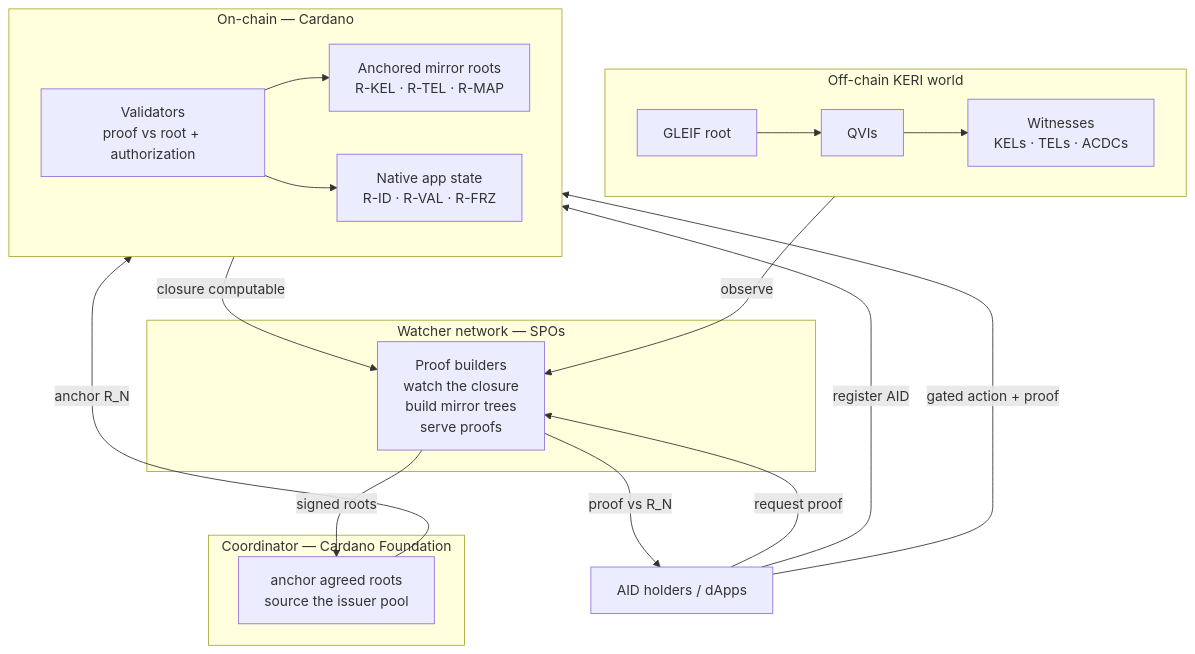
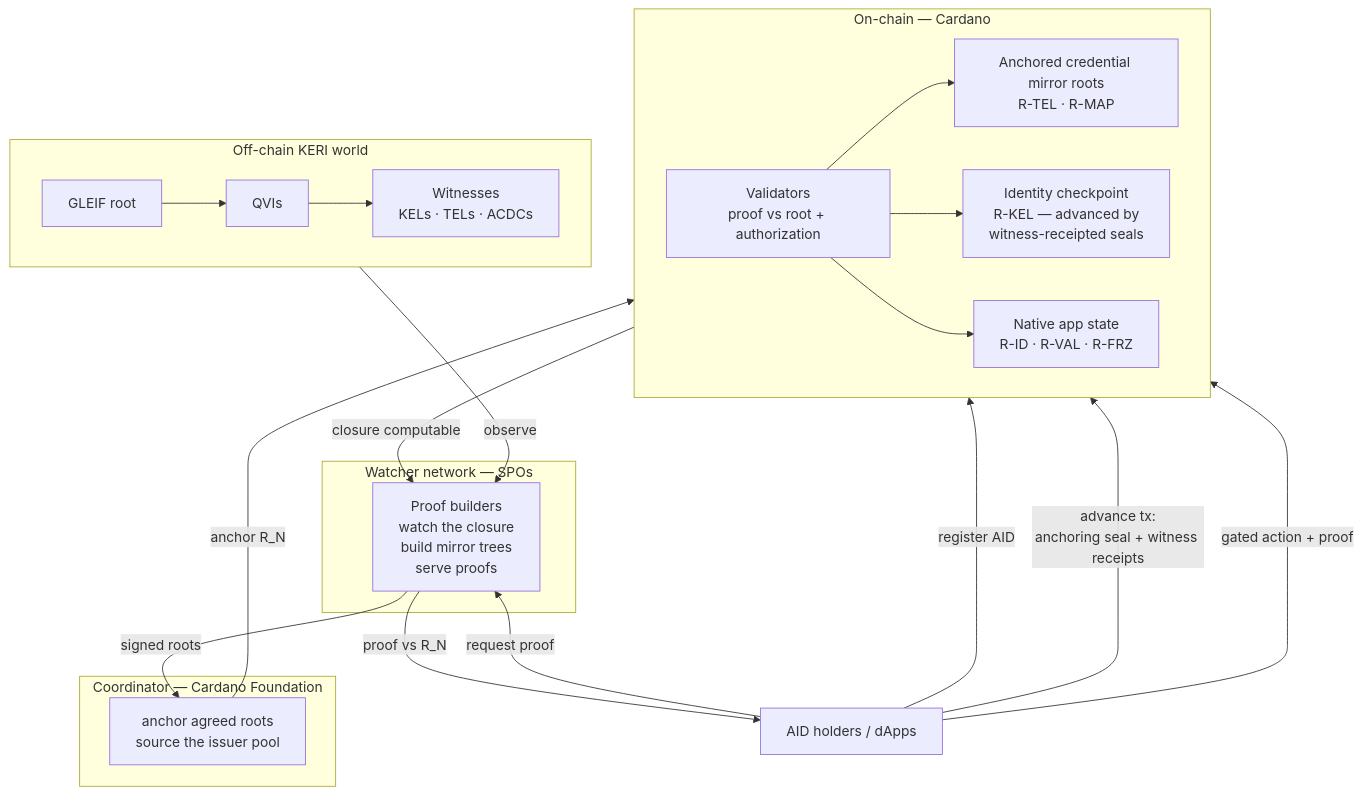
The first of 7 diagrams in docs/architecture/system.md (lambdasistemi/cardano-keri), drawn with Mermaid before and after one commit. The commit also changed other lines of this file and 9 other files, not shown here.

````diff
--- a/docs/architecture/system.md
+++ b/docs/architecture/system.md
@@ -19,31 +26,34 @@
 ```mermaid
 flowchart TB
     subgraph OFF["Off-chain KERI world"]
         direction LR
         GLEIF["GLEIF root"] --> QVI["QVIs"] --> WIT["Witnesses<br/>KELs · TELs · ACDCs"]
     end
     subgraph NET["Watcher network — SPOs"]
         W["Proof builders<br/>watch the closure<br/>build mirror trees<br/>serve proofs"]
     end
     subgraph COORD["Coordinator — Cardano Foundation"]
         C["anchor agreed roots<br/>source the issuer pool"]
     end
     subgraph CHAIN["On-chain — Cardano"]
         direction LR
-        MIRROR["Anchored mirror roots<br/>R-KEL · R-TEL · R-MAP"]
+        MIRROR["Anchored credential mirror roots<br/>R-TEL · R-MAP"]
+        IDCK["Identity checkpoint<br/>R-KEL — advanced by<br/>witness-receipted seals"]
         NATIVE["Native app state<br/>R-ID · R-VAL · R-FRZ"]
         VAL["Validators<br/>proof vs root + authorization"]
     end
     U["AID holders / dApps"]
 
     WIT -->|observe| W
     U -->|register AID| NATIVE
+    U -->|"advance tx:<br/>anchoring seal + witness receipts"| IDCK
     NATIVE -->|closure computable| W
     W -->|signed roots| C
     C -->|anchor R_N| MIRROR
     U -->|request proof| W
     W -->|proof vs R_N| U
     U -->|gated action + proof| VAL
     VAL --> MIRROR
+    VAL --> IDCK
     VAL --> NATIVE
 ```
````
